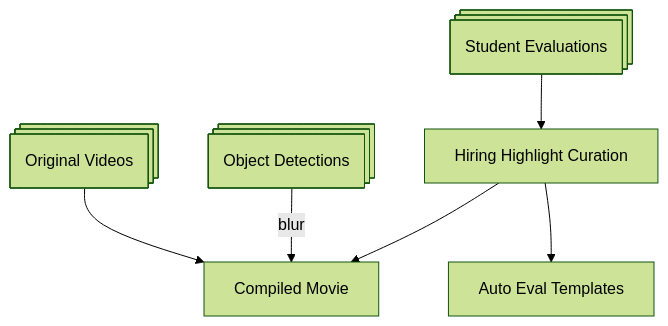
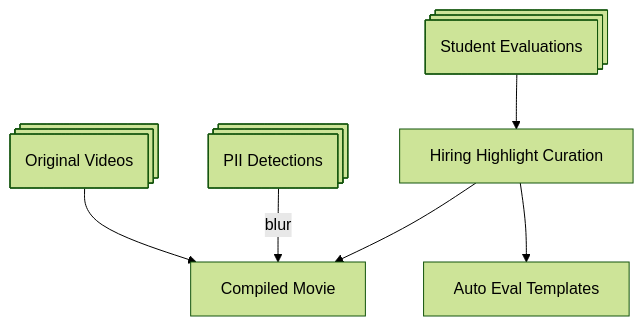
The second of 2 diagrams in src/video_summarizer/README.md (hirak99/video-summarizer), drawn with Mermaid (forest theme) before and after one commit. The commit also changed 6 other files, not shown here.

````diff
--- a/src/video_summarizer/README.md
+++ b/src/video_summarizer/README.md
@@ -52,11 +52,11 @@
 ```mermaid
 flowchart TD
     X[Original Videos] --> B
     Y[Student Evaluations] --> A
-    Z[Object Detections] -- blur --> B
+    Z[PII Detections] -- blur --> B
     A[Hiring Highlight Curation] --> B[Compiled Movie]
     A --> C[Auto Eval Templates]
     X@{ shape: procs}
     Y@{ shape: procs}
     Z@{ shape: procs}
 ```
````
